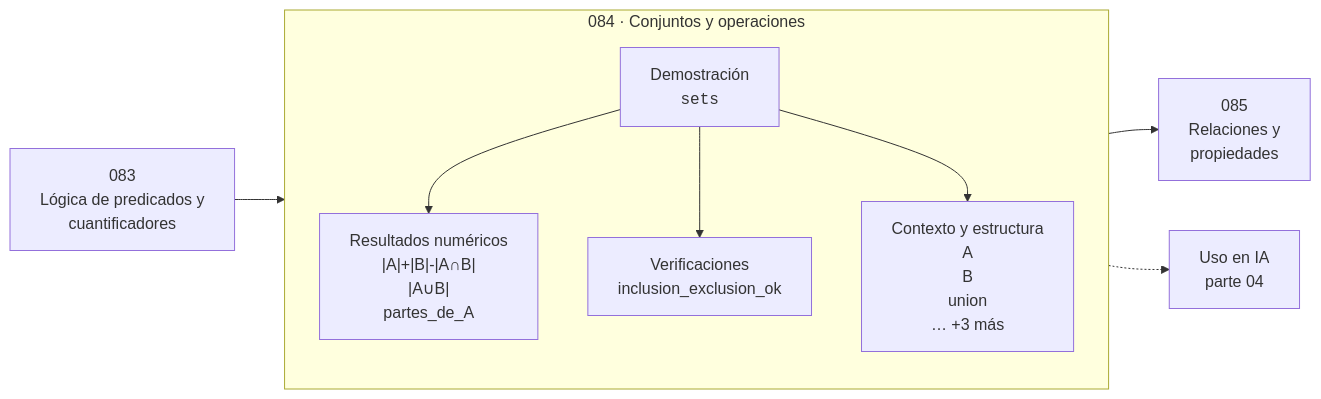
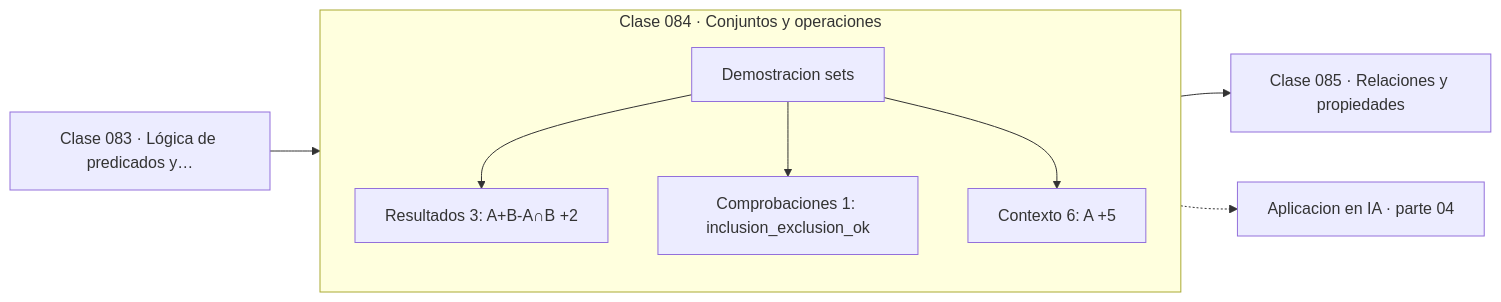
One commit to vladimiracunadev-create/computational-mathematics-program changed the diagram in classes/part-04-matematica-discreta-para-computacion/084-conjuntos-y-operaciones/README.md. Above: the diagram before and after it, drawn with Mermaid. The commit also changed other lines of this file and 389 other files, not shown here.

First line of the commit message:
fix(diagramas): elimina el HTML de las etiquetas Mermaid

````diff
--- a/classes/part-04-matematica-discreta-para-computacion/084-conjuntos-y-operaciones/README.md
+++ b/classes/part-04-matematica-discreta-para-computacion/084-conjuntos-y-operaciones/README.md
@@ -30,12 +35,13 @@
 ```mermaid
 flowchart LR
-    P["083<br/>Lógica de predicados y<br/>cuantificadores"] --> C
-    subgraph C["084 · Conjuntos y operaciones"]
+    P["Clase 083 · Lógica de predicados y…"] --> D
+    subgraph CLASE["Clase 084 · Conjuntos y operaciones"]
         direction TB
-        D["Demostración<br/><code>sets</code>"] --> R["Resultados numéricos<br/>|A|+|B|-|A∩B|<br/>|A∪B|<br/>partes_de_A"]
-        D --> V["Verificaciones<br/>inclusion_exclusion_ok"]
-        D --> O["Contexto y estructura<br/>A<br/>B<br/>union<br/>… +3 más"]
+        D["Demostracion sets"]
+        D --> R["Resultados 3: A+B-A∩B +2"]
+        D --> V["Comprobaciones 1: inclusion_exclusion_ok"]
+        D --> O["Contexto 6: A +5"]
     end
-    C --> N["085<br/>Relaciones y<br/>propiedades"]
-    C -.-> IA["Uso en IA<br/>parte 04"]
+    R --> N["Clase 085 · Relaciones y propiedades"]
+    V -.-> IA["Aplicacion en IA · parte 04"]
 ```
````
